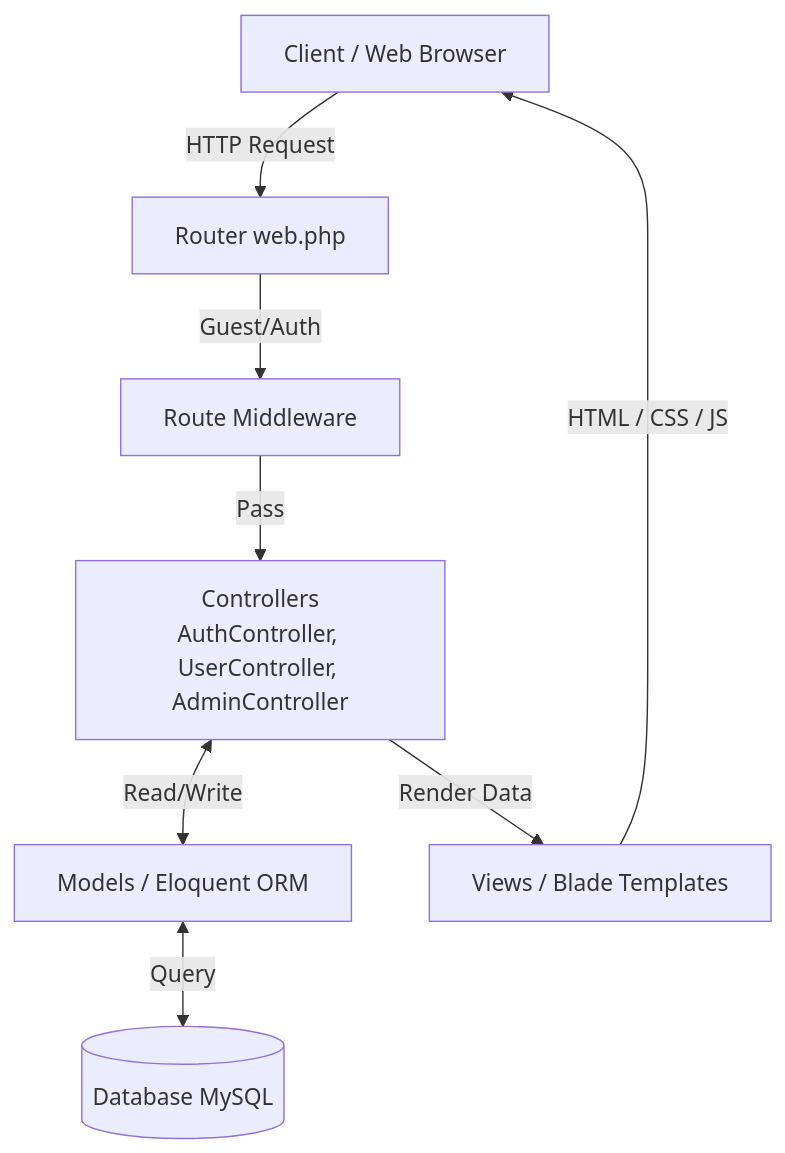
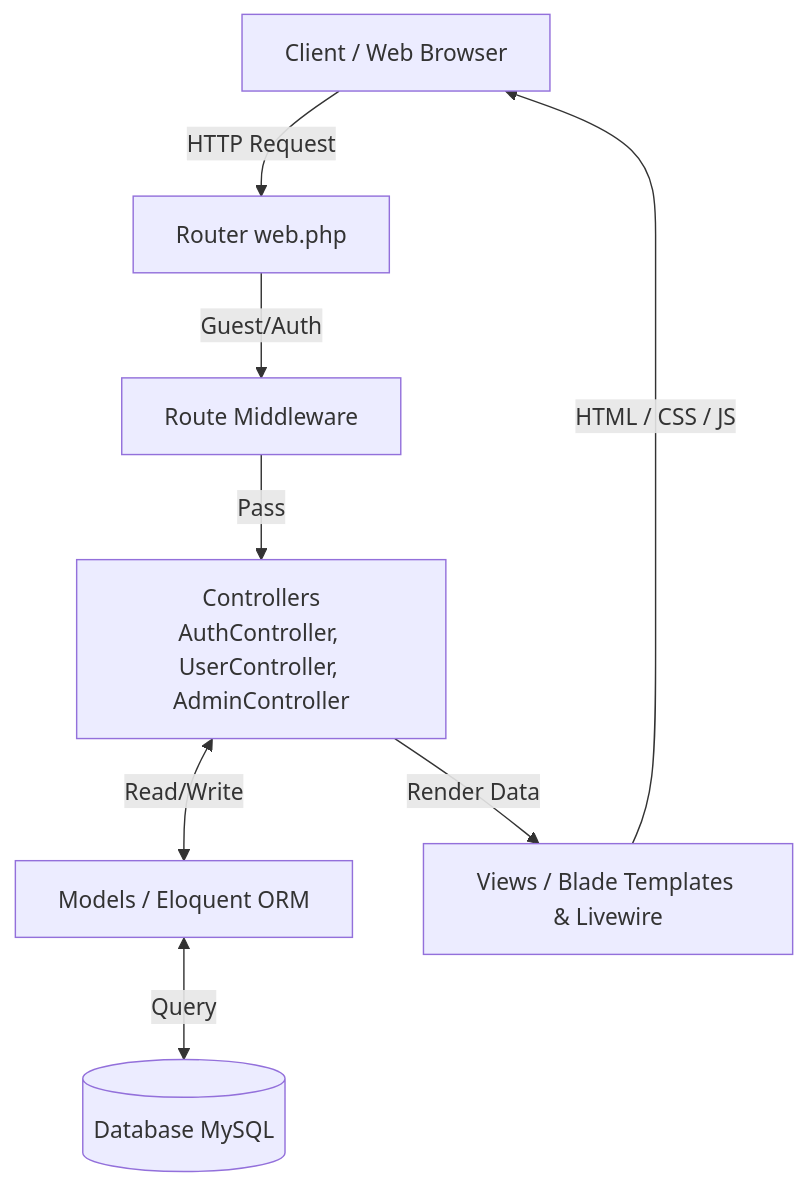
One commit to AlyxxHander/Psychologia changed the first of 4 diagrams in README.md. Above: the diagram before and after it, drawn with Mermaid. The commit also changed other lines of this file, not shown here.

````diff
--- a/README.md
+++ b/README.md
@@ -30,10 +66,10 @@
 ```mermaid
 graph TD
     Client[Client / Web Browser] -->|HTTP Request| Router[Router web.php]
     Router -->|Guest/Auth| Middleware[Route Middleware]
     Middleware -->|Pass| Controller[Controllers\nAuthController, UserController, AdminController]
     Controller <-->|Read/Write| Model[Models / Eloquent ORM]
     Model <-->|Query| Database[(Database MySQL)]
-    Controller -->|Render Data| View[Views / Blade Templates]
+    Controller -->|Render Data| View[Views / Blade Templates & Livewire]
     View -->|HTML / CSS / JS| Client
 ```
````
